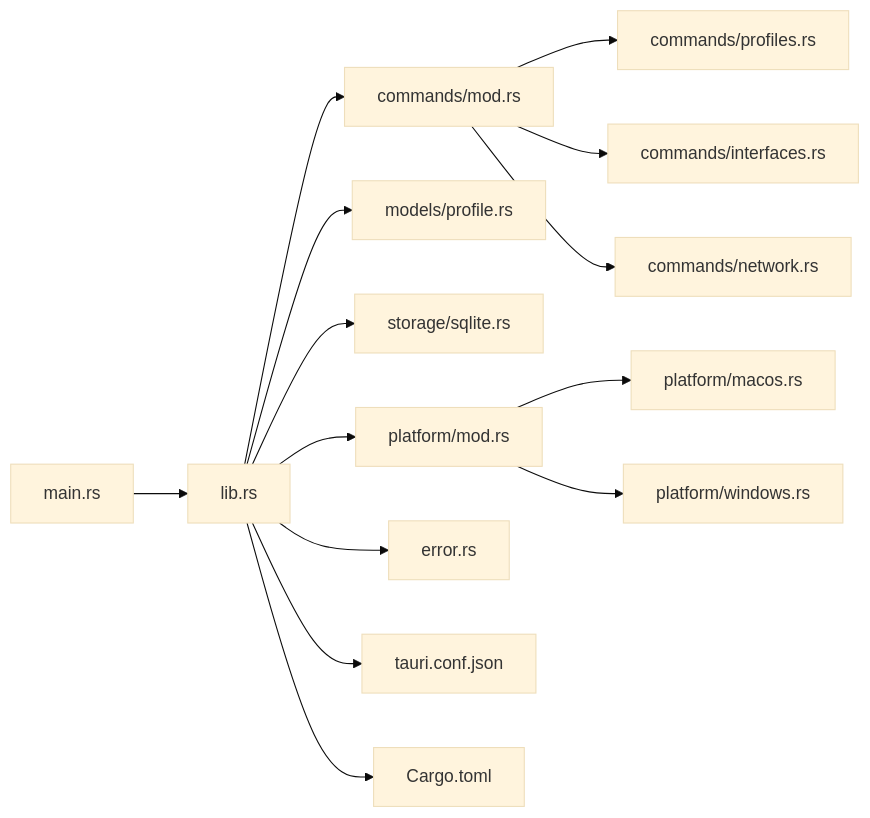
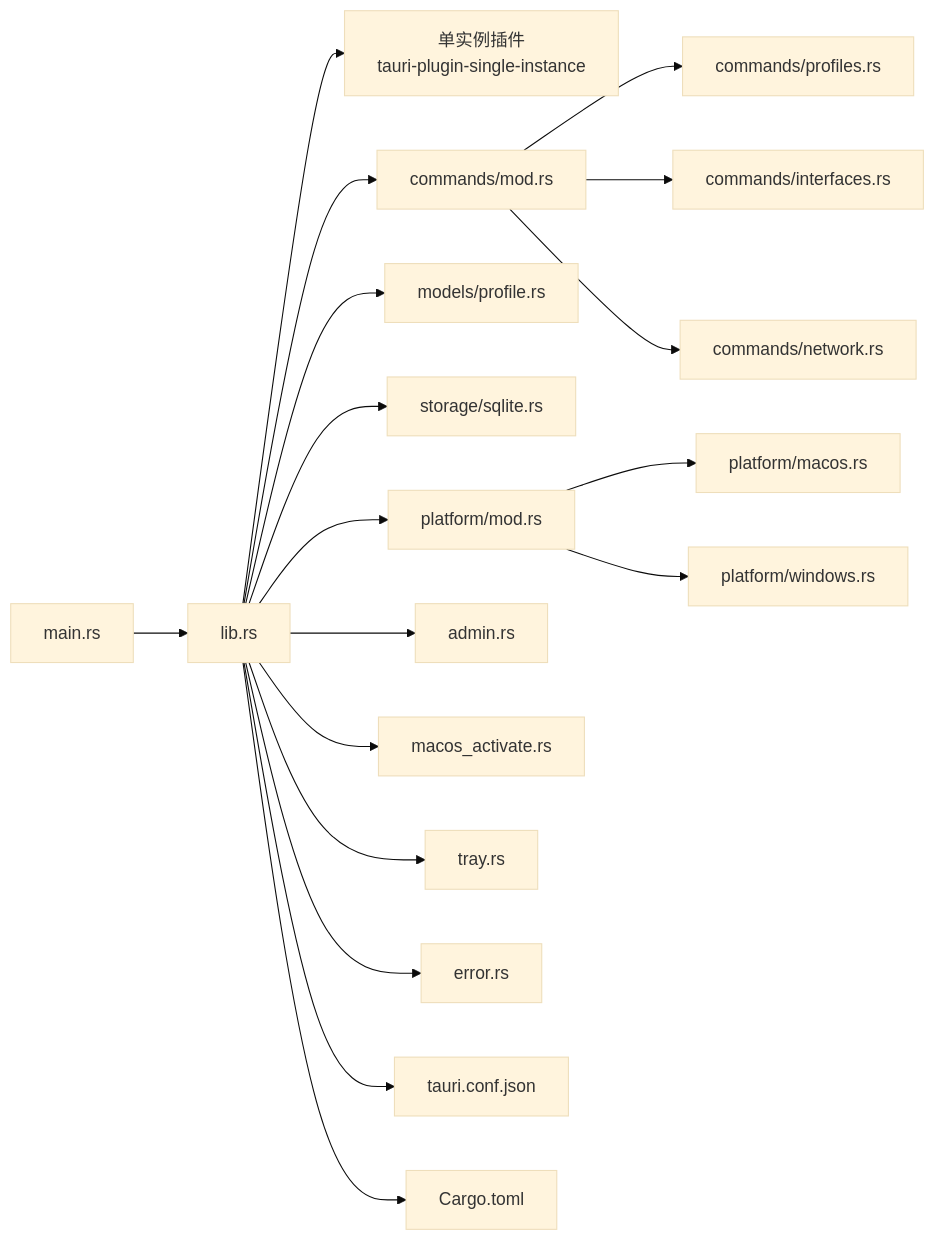
The sixth of 6 diagrams in .qoder/repowiki/zh/content/后端开发指南/后端开发指南.md (xdongliang/IPSwitcher), drawn with Mermaid (base theme) before and after one commit. The commit also changed other lines of this file and 3 other files, not shown here.

````diff
--- a/.qoder/repowiki/zh/content/后端开发指南/后端开发指南.md
+++ b/.qoder/repowiki/zh/content/后端开发指南/后端开发指南.md
@@ -306,16 +389,20 @@
 ```mermaid
 graph LR
 M["main.rs"] --> L["lib.rs"]
+L --> SI["单实例插件<br/>tauri-plugin-single-instance"]
 L --> CM["commands/mod.rs"]
 CM --> CP["commands/profiles.rs"]
 CM --> CI["commands/interfaces.rs"]
 CM --> CN["commands/network.rs"]
 L --> MD["models/profile.rs"]
 L --> ST["storage/sqlite.rs"]
 L --> PL["platform/mod.rs"]
 PL --> PM1["platform/macos.rs"]
 PL --> PW1["platform/windows.rs"]
+L --> AD["admin.rs"]
+L --> MA["macos_activate.rs"]
+L --> TR["tray.rs"]
 L --> ER["error.rs"]
 L --> CF["tauri.conf.json"]
 L --> CT["Cargo.toml"]
 ```
````
